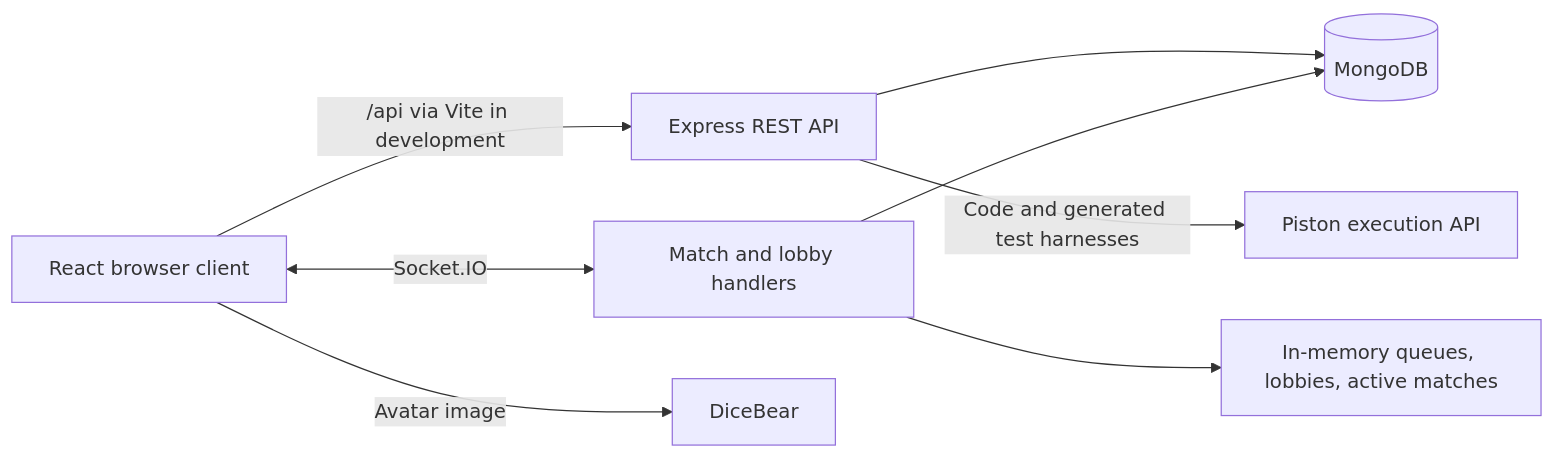
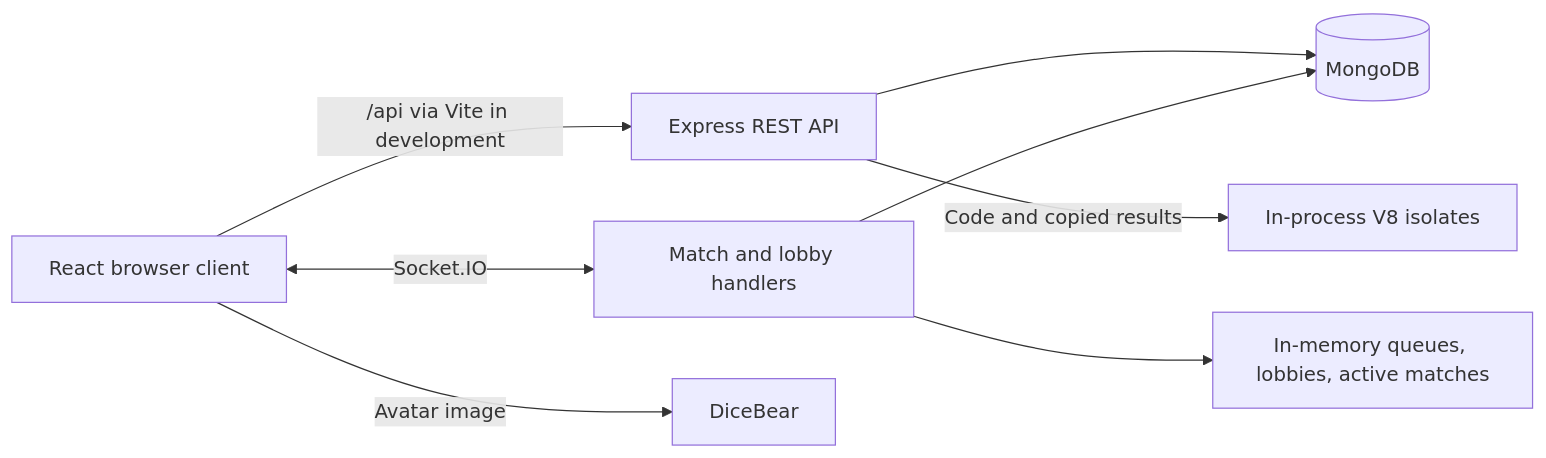
One commit to ArghaG0/Code-Duel changed the diagram in README.md. Above: the diagram before and after it, drawn with Mermaid. The commit also changed other lines of this file and 9 other files, not shown here.

Commit message:
added new sandbox execution

````diff
--- a/README.md
+++ b/README.md
@@ -57,10 +58,10 @@
 ```mermaid
 flowchart LR
     Browser[React browser client] -->|/api via Vite in development| API[Express REST API]
     Browser <-->|Socket.IO| Realtime[Match and lobby handlers]
     API --> DB[(MongoDB)]
     Realtime --> DB
     Realtime --> Memory[In-memory queues, lobbies, active matches]
-    API -->|Code and generated test harnesses| Piston[Piston execution API]
+    API -->|Code and copied results| Sandbox[In-process V8 isolates]
     Browser -->|Avatar image| DiceBear[DiceBear]
 ```
````
